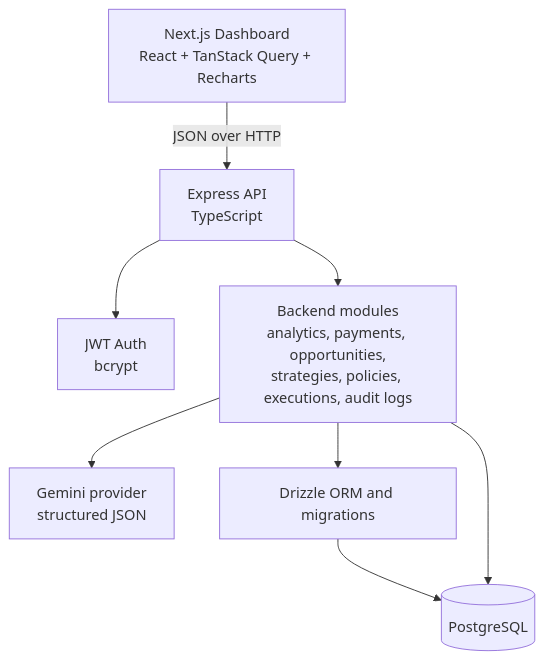
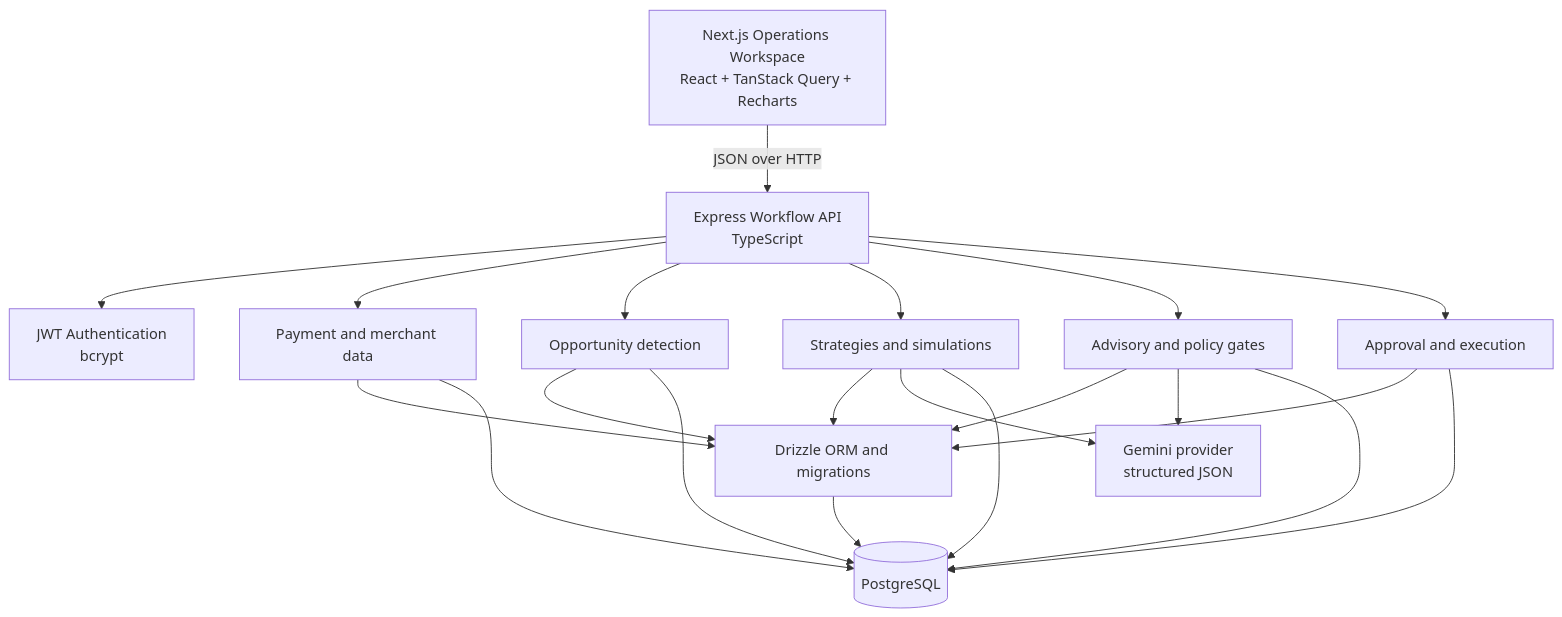
The second of 2 diagrams in README.md (alizaid91/paylab), drawn with Mermaid before and after one commit. The commit also changed other lines of this file, not shown here.

````diff
--- a/README.md
+++ b/README.md
@@ -125,18 +148,35 @@
 ```mermaid
 flowchart TB
-    UI[Next.js Dashboard<br/>React + TanStack Query + Recharts]
-    API[Express API<br/>TypeScript]
-    AUTH[JWT Auth<br/>bcrypt]
-    MODULES[Backend modules<br/>analytics, payments, opportunities,<br/>strategies, policies, executions, audit logs]
+    UI[Next.js Operations Workspace<br/>React + TanStack Query + Recharts]
+    API[Express Workflow API<br/>TypeScript]
+    AUTH[JWT Authentication<br/>bcrypt]
+    DATA[Payment and merchant data]
+    DETECT[Opportunity detection]
+    DECIDE[Strategies and simulations]
+    GOVERN[Advisory and policy gates]
+    EXEC[Approval and execution]
     AI[Gemini provider<br/>structured JSON]
     DB[(PostgreSQL)]
     ORM[Drizzle ORM and migrations]
 
     UI -->|JSON over HTTP| API
     API --> AUTH
-    API --> MODULES
-    MODULES --> ORM
+    API --> DATA
+    API --> DETECT
+    API --> DECIDE
+    API --> GOVERN
+    API --> EXEC
+    DATA --> ORM
+    DETECT --> ORM
+    DECIDE --> ORM
+    GOVERN --> ORM
+    EXEC --> ORM
     ORM --> DB
-    MODULES --> AI
-    MODULES --> DB
+    DECIDE --> AI
+    GOVERN --> AI
+    DATA --> DB
+    DETECT --> DB
+    DECIDE --> DB
+    GOVERN --> DB
+    EXEC --> DB
 ```
````
